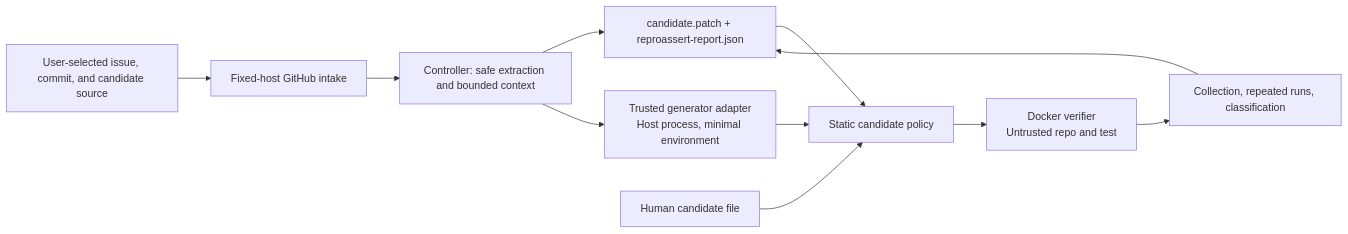
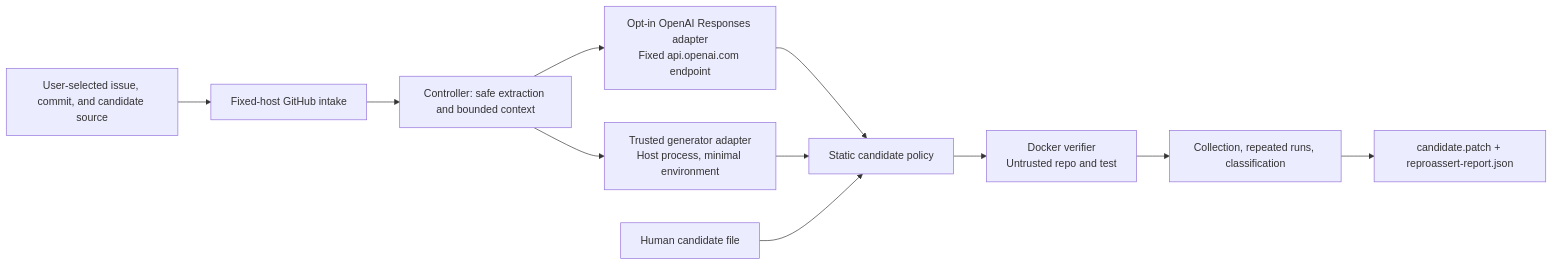
One commit to Atomics-hub/reproassert changed the diagram in docs/architecture.md. Above: the diagram before and after it, drawn with Mermaid. The commit also changed other lines of this file and 41 other files, not shown here.

````diff
--- a/docs/architecture.md
+++ b/docs/architecture.md
@@ -15,19 +15,19 @@
 ```mermaid
 flowchart LR
     U["User-selected issue, commit, and candidate source"]
     G["Fixed-host GitHub intake"]
     C["Controller: safe extraction and bounded context"]
-    O["Opt-in OpenAI Responses adapter\nFixed api.openai.com endpoint"]
+    AI["Opt-in OpenAI Responses adapter\nFixed api.openai.com endpoint"]
     A["Trusted generator adapter\nHost process, minimal environment"]
     M["Human candidate file"]
     P["Static candidate policy"]
     D["Docker verifier\nUntrusted repo and test"]
     V["Collection, repeated runs, classification"]
-    O["candidate.patch + reproassert-report.json"]
+    OUT["candidate.patch + reproassert-report.json"]
 
     U --> G --> C
-    C --> O --> P
+    C --> AI --> P
     C --> A --> P
     M --> P
-    P --> D --> V --> O
+    P --> D --> V --> OUT
 ```
````
